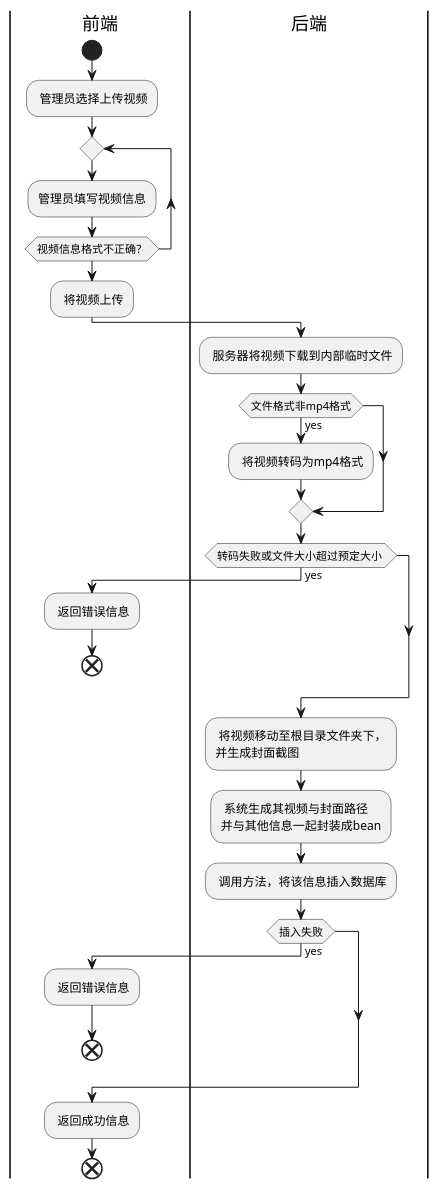
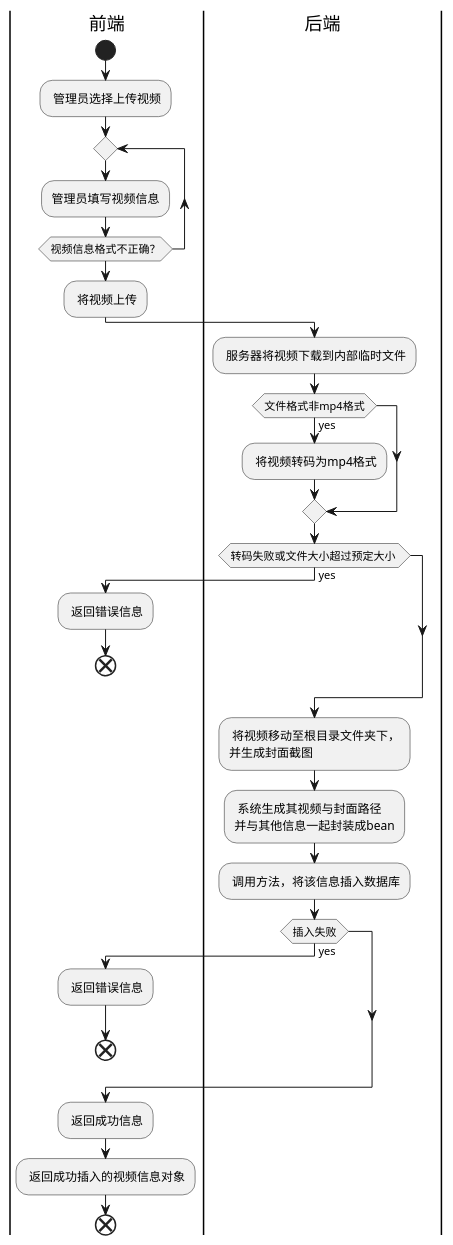
The diagram in src/main/java/com/zte/drive/diag/activity_video_upload.puml (qwerqqwewq/DriveBook), drawn with PlantUML before and after one commit. The commit also changed 2 other files, not shown here.

```diff
--- a/src/main/java/com/zte/drive/diag/activity_video_upload.puml
+++ b/src/main/java/com/zte/drive/diag/activity_video_upload.puml
@@ -1,31 +1,32 @@
 @startuml
 | 前端 |
 start
 : 管理员选择上传视频;
 repeat
 :管理员填写视频信息;
 repeat while (视频信息格式不正确？)
 : 将视频上传;
 | 后端 |
 : 服务器将视频下载到内部临时文件;
 if (文件格式非mp4格式) then (yes)
     : 将视频转码为mp4格式;
 endif
 if(转码失败或文件大小超过预定大小 )then(yes)
     | 前端 |
     : 返回错误信息;
     end
 endif
 | 后端 |
 : 将视频移动至根目录文件夹下，\n并生成封面截图;
 : 系统生成其视频与封面路径\n并与其他信息一起封装成bean;
 : 调用方法，将该信息插入数据库;
 if (插入失败) then (yes)
     | 前端 |
     : 返回错误信息;
     end
 endif
 | 前端 |
 : 返回成功信息;
+: 返回成功插入的视频信息对象;
 end
 @enduml
```
